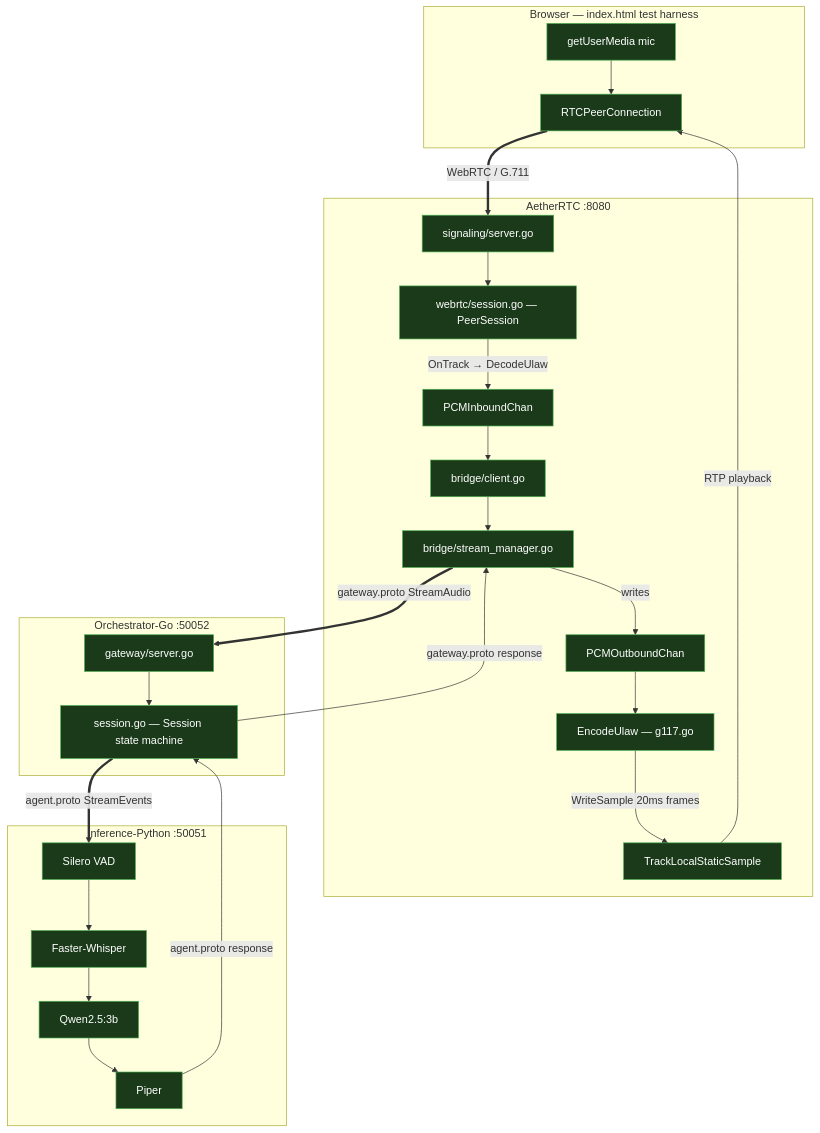
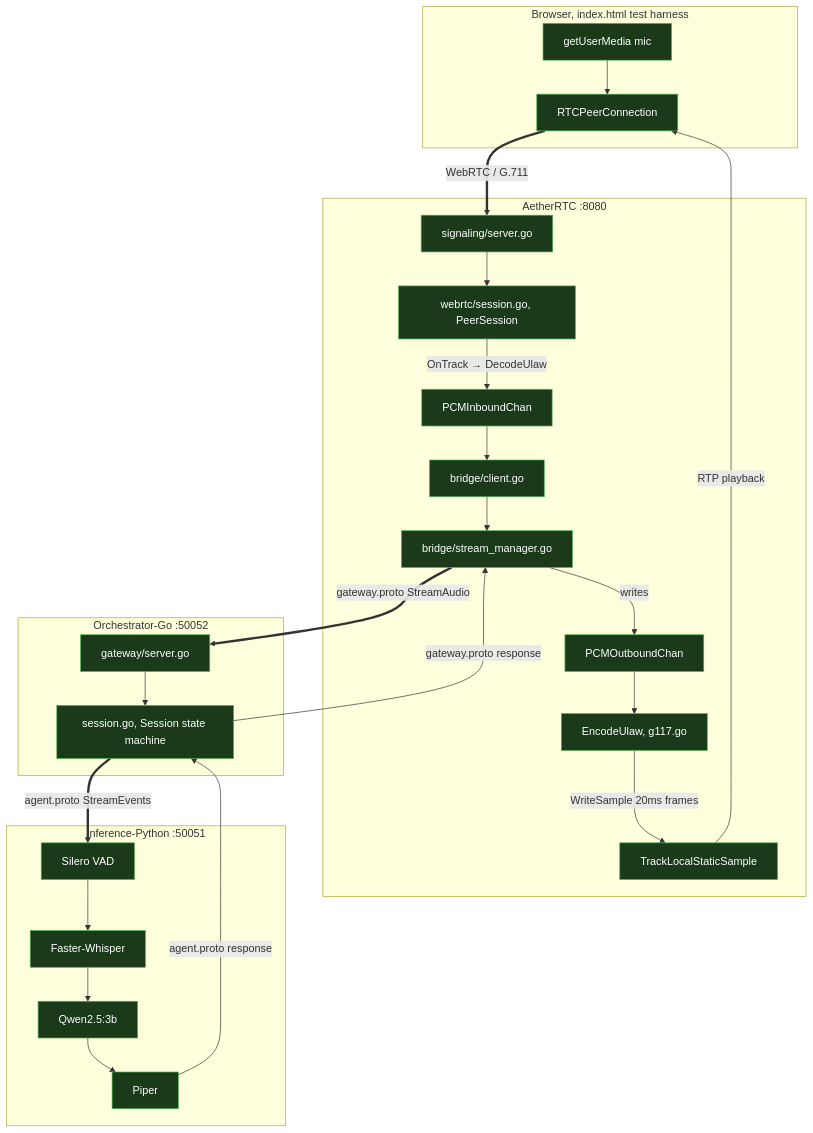
Before and after one commit to Adityarya11/vasuli: the diagram in var-thon/README.md, drawn with Mermaid. The commit also changed other lines of this file and 38 other files, not shown here.

````diff
--- a/var-thon/README.md
+++ b/var-thon/README.md
@@ -89,51 +89,51 @@
 ```mermaid
 flowchart TB
-    subgraph Browser["Browser — index.html test harness"]
+    subgraph Browser["Browser, index.html test harness"]
         Mic["getUserMedia mic"]
         PC["RTCPeerConnection"]
     end
 
     subgraph AetherRTC["AetherRTC :8080"]
         Sig["signaling/server.go"]
-        Peer["webrtc/session.go — PeerSession"]
+        Peer["webrtc/session.go, PeerSession"]
         PCMIn["PCMInboundChan"]
         Client["bridge/client.go"]
         StreamMgr["bridge/stream_manager.go"]
         PCMOut["PCMOutboundChan"]
-        Encode["EncodeUlaw — g117.go"]
+        Encode["EncodeUlaw, g117.go"]
         OutTrack["TrackLocalStaticSample"]
     end
 
     subgraph OrchGo["Orchestrator-Go :50052"]
         GwServer["gateway/server.go"]
-        Sess["session.go — Session state machine"]
+        Sess["session.go, Session state machine"]
     end
 
     subgraph Python["Inference-Python :50051"]
         VAD["Silero VAD"]
         STT["Faster-Whisper"]
         LLM["Qwen2.5:3b"]
         TTS["Piper"]
     end
 
     Mic --> PC
     PC == "WebRTC / G.711" ==> Sig
     Sig --> Peer
     Peer -- "OnTrack → DecodeUlaw" --> PCMIn
     PCMIn --> Client
     Client --> StreamMgr
     StreamMgr == "gateway.proto StreamAudio" ==> GwServer
     GwServer --> Sess
     Sess == "agent.proto StreamEvents" ==> VAD
     VAD --> STT --> LLM --> TTS
 
     TTS -- "agent.proto response" --> Sess
     Sess -- "gateway.proto response" --> StreamMgr
     StreamMgr -- "writes" --> PCMOut
     PCMOut --> Encode
     Encode -- "WriteSample 20ms frames" --> OutTrack
     OutTrack -- "RTP playback" --> PC
 
     classDef built fill:#1a3a1a,stroke:#4caf50,color:#fff
     class Mic,PC,Sig,Peer,PCMIn,Client,StreamMgr,GwServer,Sess,VAD,STT,LLM,TTS,PCMOut,Encode,OutTrack built
 ```
````
